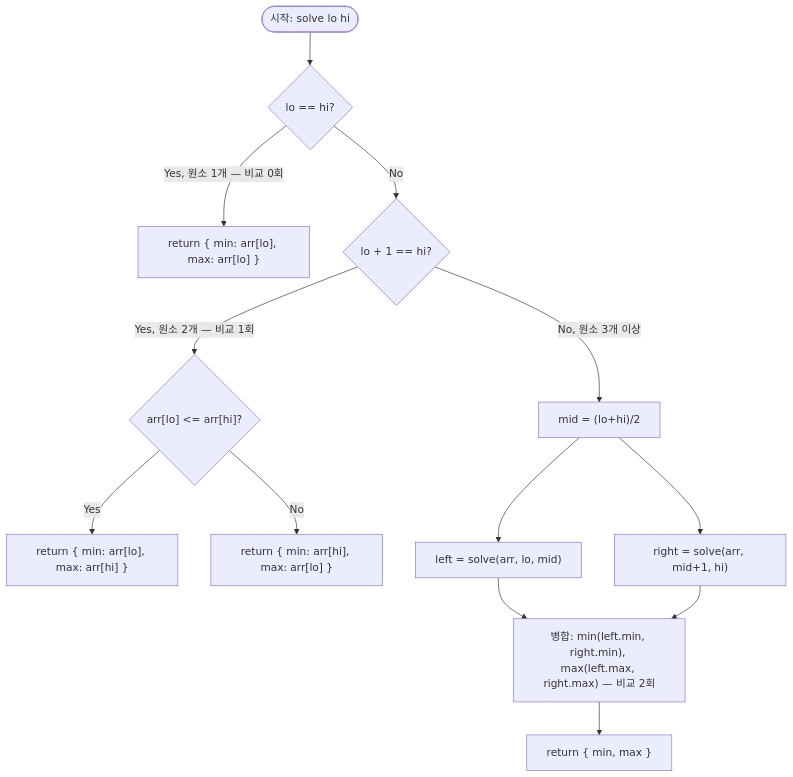
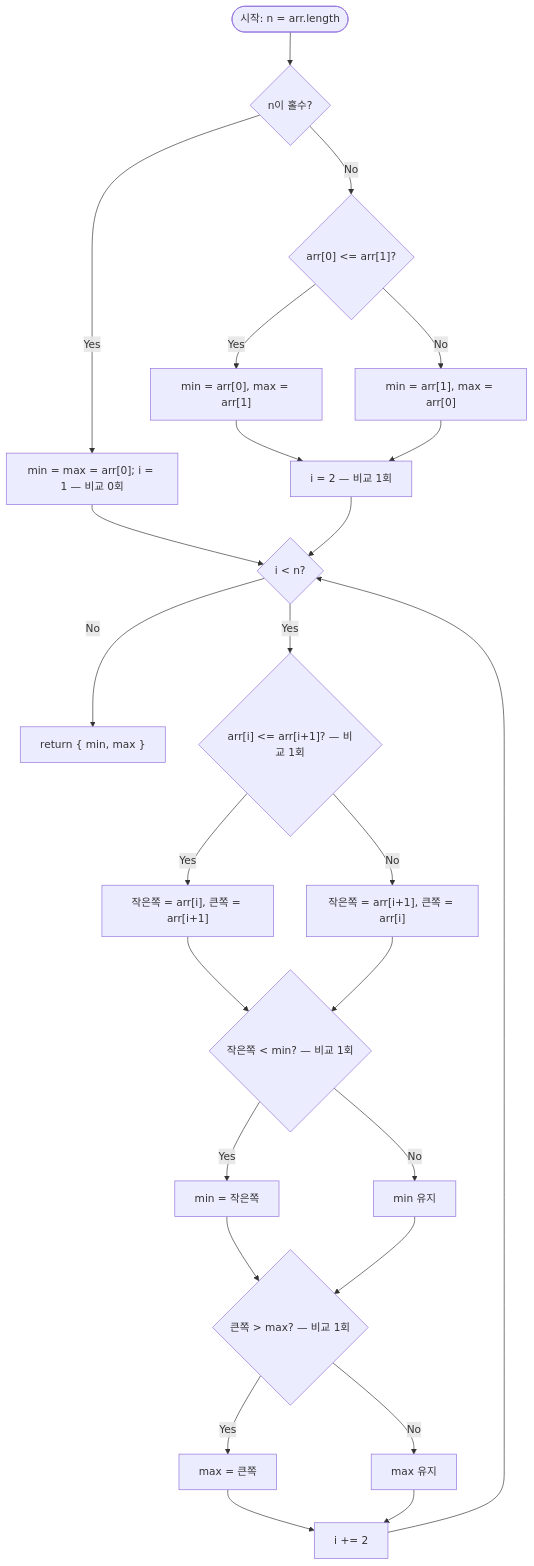
Before and after one commit to centurio1987/grow-up-programming: the diagram in src/algorithms/advanced/minMaxPair/minMaxPair-guide.mdx, drawn with Mermaid. The commit also changed other lines of this file and 21 other files, not shown here.

````diff
--- a/src/algorithms/advanced/minMaxPair/minMaxPair-guide.mdx
+++ b/src/algorithms/advanced/minMaxPair/minMaxPair-guide.mdx
@@ -229,15 +325,27 @@
 ```mermaid
 flowchart TD
-    A([시작: solve lo hi]) --> B{lo == hi?}
-    B -->|Yes, 원소 1개 — 비교 0회| C["return { min: arr[lo], max: arr[lo] }"]
-    B -->|No| D{lo + 1 == hi?}
-    D -->|Yes, 원소 2개 — 비교 1회| E{"arr[lo] <= arr[hi]?"}
-    E -->|Yes| F["return { min: arr[lo], max: arr[hi] }"]
-    E -->|No| G["return { min: arr[hi], max: arr[lo] }"]
-    D -->|No, 원소 3개 이상| H["mid = (lo+hi)/2"]
-    H --> I["left = solve(arr, lo, mid)"]
-    H --> J["right = solve(arr, mid+1, hi)"]
-    I --> K["병합: min(left.min, right.min), max(left.max, right.max) — 비교 2회"]
-    J --> K
-    K --> L["return { min, max }"]
+    A([시작: n = arr.length]) --> B{"n이 홀수?"}
+    B -->|Yes| C["min = max = arr[0]; i = 1 — 비교 0회"]
+    B -->|No| D{"arr[0] <= arr[1]?"}
+    D -->|Yes| E["min = arr[0], max = arr[1]"]
+    D -->|No| F["min = arr[1], max = arr[0]"]
+    E --> G["i = 2 — 비교 1회"]
+    F --> G
+    C --> H{"i < n?"}
+    G --> H
+    H -->|No| I["return { min, max }"]
+    H -->|Yes| J{"arr[i] <= arr[i+1]? — 비교 1회"}
+    J -->|Yes| K["작은쪽 = arr[i], 큰쪽 = arr[i+1]"]
+    J -->|No| L["작은쪽 = arr[i+1], 큰쪽 = arr[i]"]
+    K --> M{"작은쪽 < min? — 비교 1회"}
+    L --> M
+    M -->|Yes| N["min = 작은쪽"]
+    M -->|No| O["min 유지"]
+    N --> P{"큰쪽 > max? — 비교 1회"}
+    O --> P
+    P -->|Yes| Q["max = 큰쪽"]
+    P -->|No| R["max 유지"]
+    Q --> S["i += 2"]
+    R --> S
+    S --> H
 ```
````
